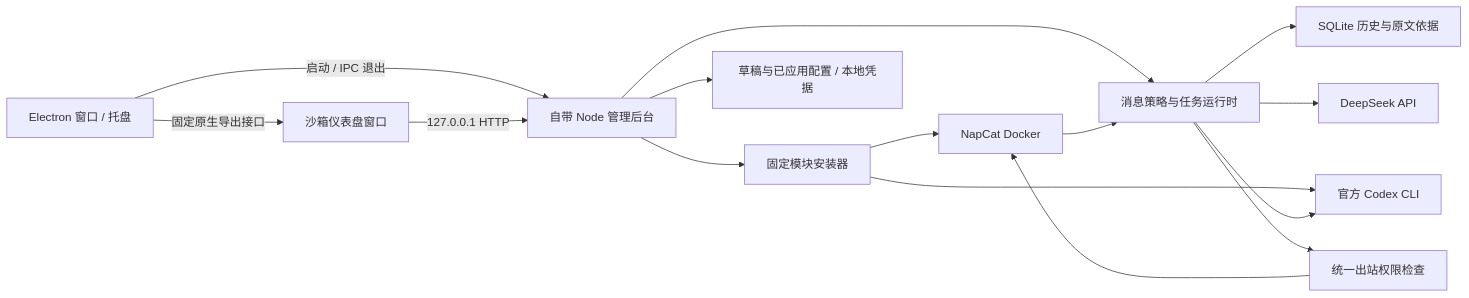
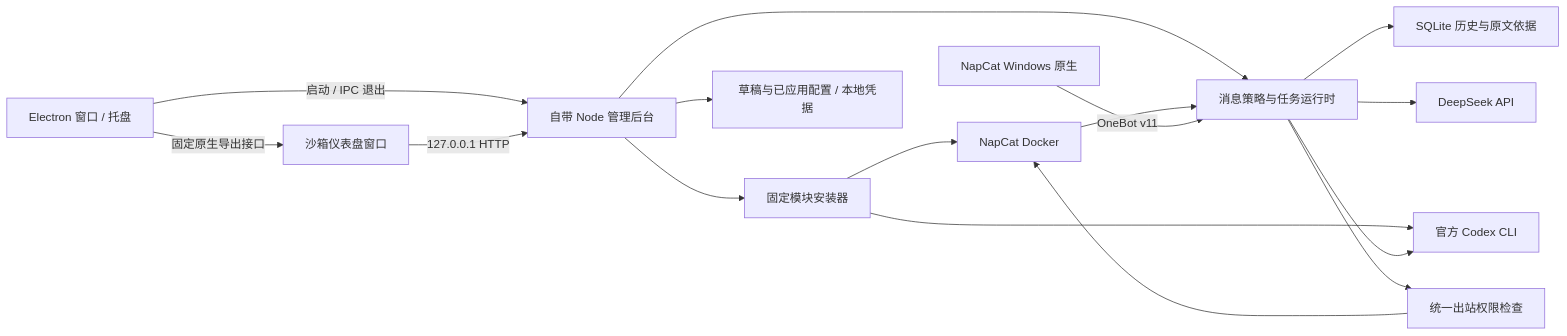
Before and after one commit to klwb360/QQ_Service: the diagram in docs/ARCHITECTURE.md, drawn with Mermaid. The commit also changed other lines of this file and 4 other files, not shown here.

Commit message:
docs: add Docker-free native Windows NapCat setup

````diff
--- a/docs/ARCHITECTURE.md
+++ b/docs/ARCHITECTURE.md
@@ -22,17 +24,18 @@
 ```mermaid
 flowchart LR
   Desktop[Electron 窗口 / 托盘] -->|启动 / IPC 退出| Server[自带 Node 管理后台]
   UI[沙箱仪表盘窗口] -->|127.0.0.1 HTTP| Server
   Desktop -->|固定原生导出接口| UI
   Server --> Installer[固定模块安装器]
   Installer --> NapCat[NapCat Docker]
   Installer --> CLI[官方 Codex CLI]
   Server --> Config[草稿与已应用配置 / 本地凭据]
   Server --> Runtime[消息策略与任务运行时]
   NapCat --> Runtime
+  Native[NapCat Windows 原生] -->|OneBot v11| Runtime
   Runtime --> Store[SQLite 历史与原文依据]
   Runtime --> DS[DeepSeek API]
   Runtime --> CLI
   Runtime --> Gate[统一出站权限检查]
   Gate --> NapCat
 ```
````
